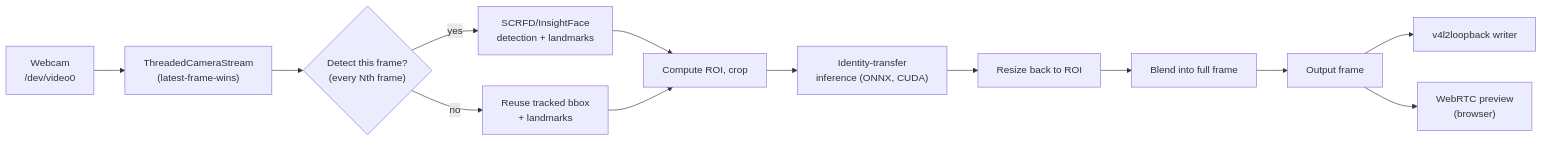
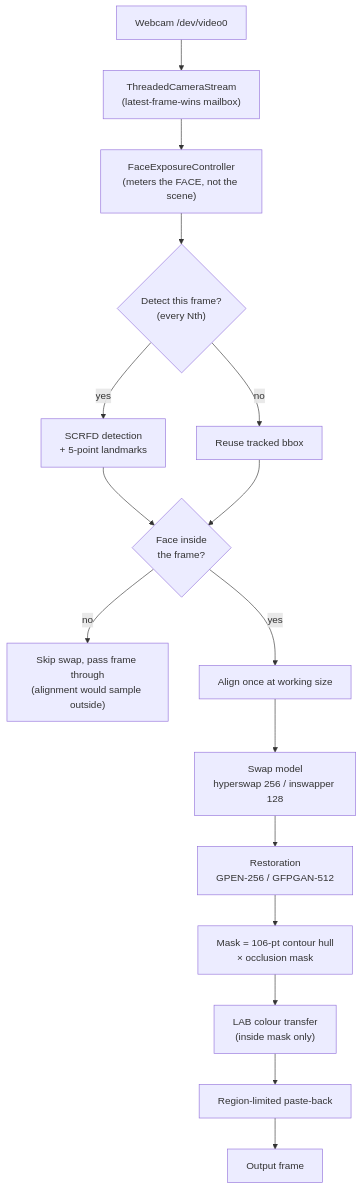
Before and after one commit to CotNeo/Real-time-chat-avatar: the third of 6 diagrams in ARCHITECTURE.md, drawn with Mermaid. The commit also changed other lines of this file and 3 other files, not shown here.

Commit message:
Docs: final README, architecture corrections, and honest closing assessment

````diff
--- a/ARCHITECTURE.md
+++ b/ARCHITECTURE.md
@@ -90,15 +90,18 @@
 ```mermaid
-flowchart LR
-    Cam["Webcam\n/dev/video0"] --> Capture["ThreadedCameraStream\n(latest-frame-wins)"]
-    Capture --> Detect{"Detect this frame?\n(every Nth frame)"}
-    Detect -- yes --> FullDetect["SCRFD/InsightFace\ndetection + landmarks"]
-    Detect -- no --> Track["Reuse tracked bbox\n+ landmarks"]
-    FullDetect --> ROI["Compute ROI, crop"]
-    Track --> ROI
-    ROI --> Infer["Identity-transfer\ninference (ONNX, CUDA)"]
-    Infer --> Resize["Resize back to ROI"]
-    Resize --> Blend["Blend into full frame"]
-    Blend --> Out["Output frame"]
-    Out --> VCam["v4l2loopback writer"]
-    Out --> Preview["WebRTC preview\n(browser)"]
+flowchart TD
+    Cam["Webcam /dev/video0"] --> Capture["ThreadedCameraStream\n(latest-frame-wins mailbox)"]
+    Capture --> Expose["FaceExposureController\n(meters the FACE, not the scene)"]
+    Expose --> Detect{"Detect this frame?\n(every Nth)"}
+    Detect -- yes --> SCRFD["SCRFD detection\n+ 5-point landmarks"]
+    Detect -- no --> Track["Reuse tracked bbox"]
+    SCRFD --> Edge{"Face inside\nthe frame?"}
+    Track --> Edge
+    Edge -- no --> Passthrough["Skip swap, pass frame through\n(alignment would sample outside)"]
+    Edge -- yes --> Align["Align once at working size"]
+    Align --> Swap["Swap model\nhyperswap 256 / inswapper 128"]
+    Swap --> Enh["Restoration\nGPEN-256 / GFPGAN-512"]
+    Enh --> Mask["Mask = 106-pt contour hull\n× occlusion mask"]
+    Mask --> Colour["LAB colour transfer\n(inside mask only)"]
+    Colour --> Paste["Region-limited paste-back"]
+    Paste --> Out["Output frame"]
 ```
````
